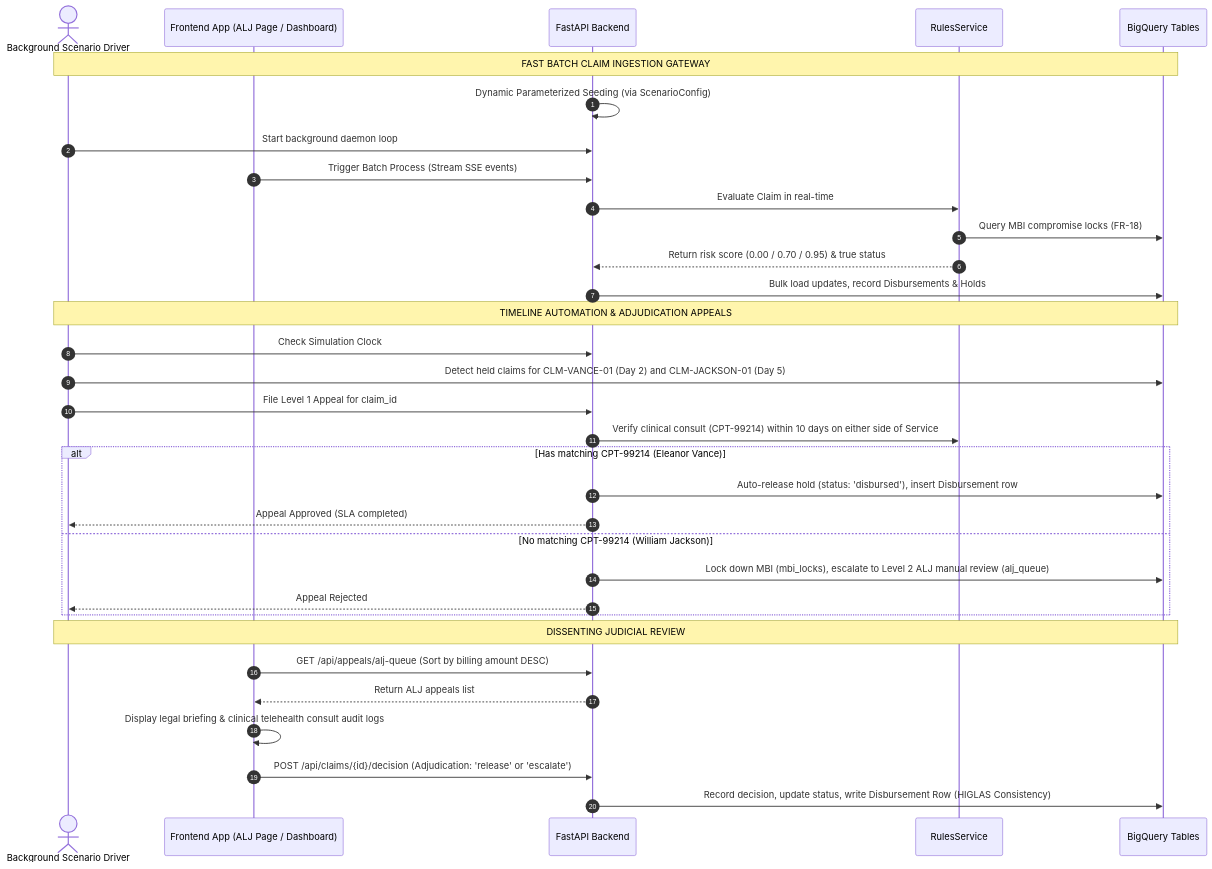
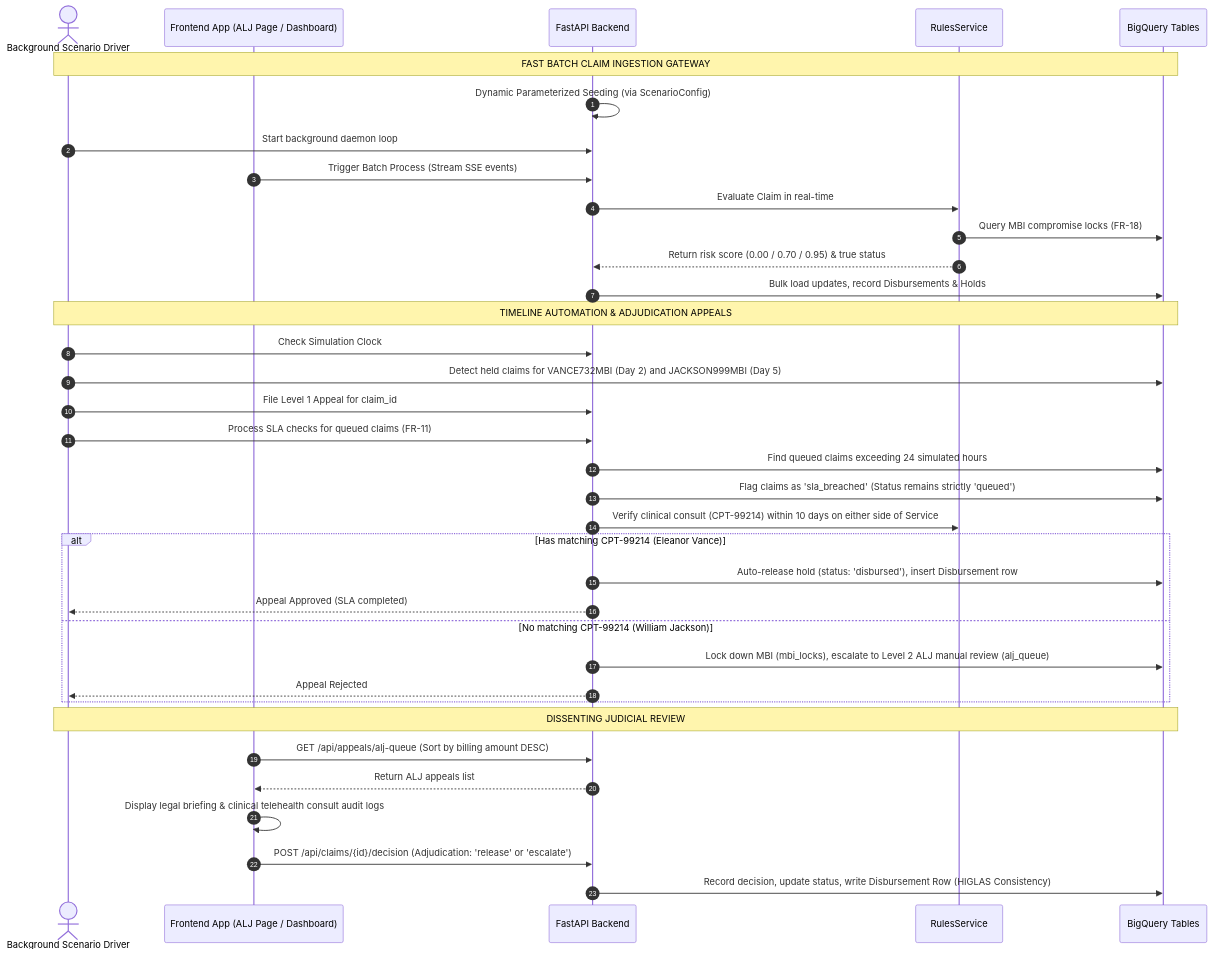
One commit to farahomer1/cms-fraud-shield3 changed the second of 2 diagrams in docs/technical_design_document.md. Above: the diagram before and after it, drawn with Mermaid.

Commit message:
docs: Update TDD sequence diagram with VANCE732MBI MBI and 24h SLA rules

````diff
--- a/docs/technical_design_document.md
+++ b/docs/technical_design_document.md
@@ -160,38 +160,41 @@
 ```mermaid
 sequenceDiagram
     autonumber
     actor Driver as Background Scenario Driver
     participant FE as Frontend App (ALJ Page / Dashboard)
     participant BE as FastAPI Backend
     participant RS as RulesService
     participant BQ as BigQuery Tables
 
     Note over Driver, BQ: FAST BATCH CLAIM INGESTION GATEWAY
     BE->>BE: Dynamic Parameterized Seeding (via ScenarioConfig)
     Driver->>BE: Start background daemon loop
     FE->>BE: Trigger Batch Process (Stream SSE events)
     BE->>RS: Evaluate Claim in real-time
     RS->>BQ: Query MBI compromise locks (FR-18)
     RS-->>BE: Return risk score (0.00 / 0.70 / 0.95) & true status
     BE->>BQ: Bulk load updates, record Disbursements & Holds
 
     Note over Driver, BQ: TIMELINE AUTOMATION & ADJUDICATION APPEALS
     Driver->>BE: Check Simulation Clock
-    Driver->>BQ: Detect held claims for CLM-VANCE-01 (Day 2) and CLM-JACKSON-01 (Day 5)
+    Driver->>BQ: Detect held claims for VANCE732MBI (Day 2) and JACKSON999MBI (Day 5)
     Driver->>BE: File Level 1 Appeal for claim_id
+    Driver->>BE: Process SLA checks for queued claims (FR-11)
+    BE->>BQ: Find queued claims exceeding 24 simulated hours
+    BE->>BQ: Flag claims as 'sla_breached' (Status remains strictly 'queued')
     BE->>RS: Verify clinical consult (CPT-99214) within 10 days on either side of Service
     alt Has matching CPT-99214 (Eleanor Vance)
         BE->>BQ: Auto-release hold (status: 'disbursed'), insert Disbursement row
         BE-->>Driver: Appeal Approved (SLA completed)
     else No matching CPT-99214 (William Jackson)
         BE->>BQ: Lock down MBI (mbi_locks), escalate to Level 2 ALJ manual review (alj_queue)
         BE-->>Driver: Appeal Rejected
     end
 
     Note over Driver, BQ: DISSENTING JUDICIAL REVIEW
     FE->>BE: GET /api/appeals/alj-queue (Sort by billing amount DESC)
     BE-->>FE: Return ALJ appeals list
     FE->>FE: Display legal briefing & clinical telehealth consult audit logs
     FE->>BE: POST /api/claims/{id}/decision (Adjudication: 'release' or 'escalate')
     BE->>BQ: Record decision, update status, write Disbursement Row (HIGLAS Consistency)
 ```
````
